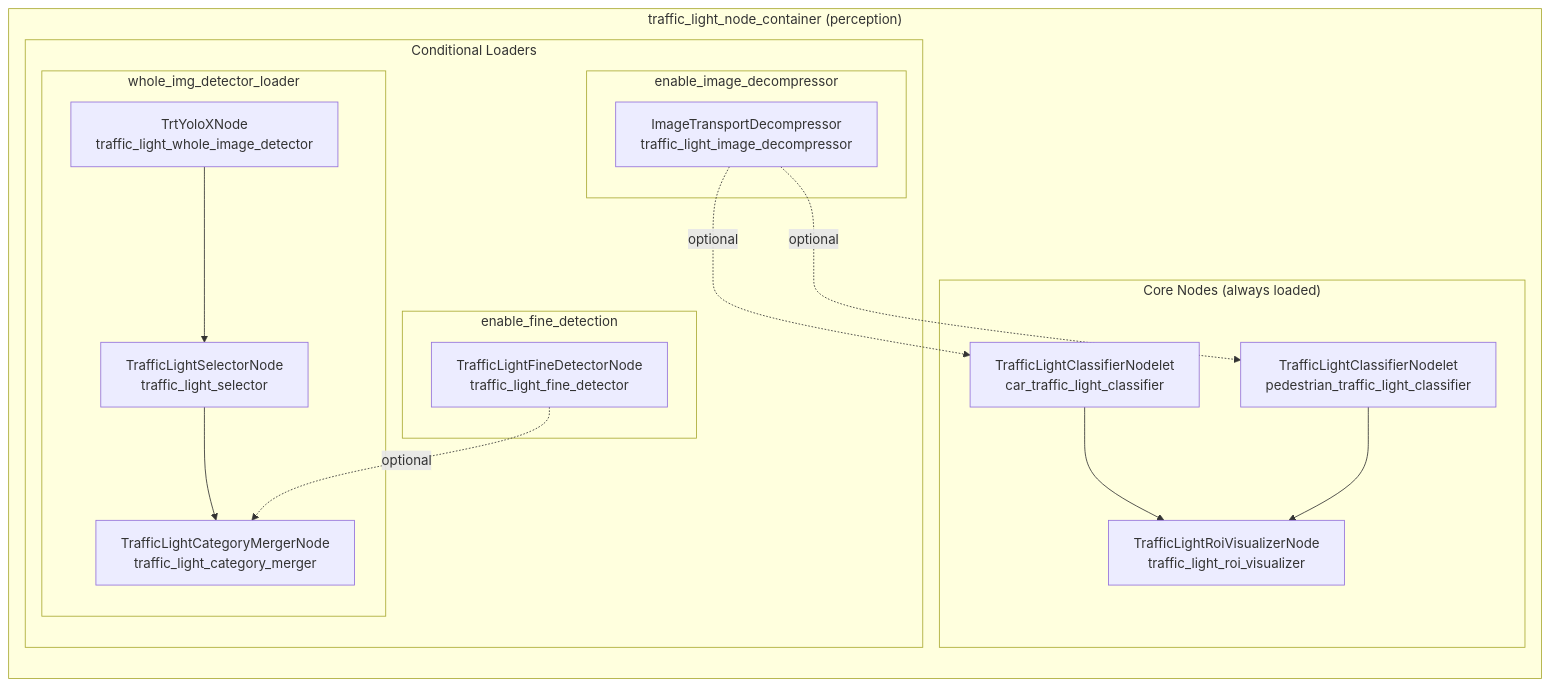
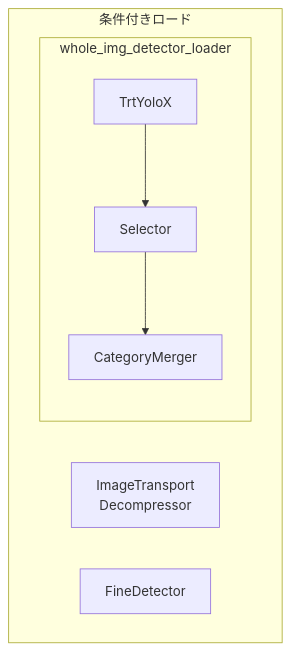
Diagram 15 of 20 in docs/launch-architecture.md (youtalk/autoware_universe), drawn with Mermaid before and after one commit. The commit also changed other lines of this file, not shown here.

````diff
--- a/docs/launch-architecture.md
+++ b/docs/launch-architecture.md
@@ -296,36 +331,12 @@
 ```mermaid
 graph TB
-    subgraph traffic_light_node_container["traffic_light_node_container (perception)"]
-        direction TB
+    subgraph optional["条件付きロード"]
+        DECOMP[ImageTransport<br/>Decompressor]
+        FINE[FineDetector]
 
-        subgraph core_nodes["Core Nodes (always loaded)"]
-            CAR_CLS[TrafficLightClassifierNodelet<br/>car_traffic_light_classifier]
-            PED_CLS[TrafficLightClassifierNodelet<br/>pedestrian_traffic_light_classifier]
-            VIS[TrafficLightRoiVisualizerNode<br/>traffic_light_roi_visualizer]
-        end
-
-        subgraph conditional["Conditional Loaders"]
-            subgraph decompressor["enable_image_decompressor"]
-                DECOMP[ImageTransportDecompressor<br/>traffic_light_image_decompressor]
-            end
-
-            subgraph fine_detector["enable_fine_detection"]
-                FINE[TrafficLightFineDetectorNode<br/>traffic_light_fine_detector]
-            end
-
-            subgraph whole_img["whole_img_detector_loader"]
-                YOLOX[TrtYoloXNode<br/>traffic_light_whole_image_detector]
-                SELECT[TrafficLightSelectorNode<br/>traffic_light_selector]
-                MERGE[TrafficLightCategoryMergerNode<br/>traffic_light_category_merger]
-            end
+        subgraph whole["whole_img_detector_loader"]
+            YOLOX[TrtYoloX] --> SELECT[Selector]
+            SELECT --> MERGE[CategoryMerger]
         end
     end
-
-    CAR_CLS --> VIS
-    PED_CLS --> VIS
-    DECOMP -.->|optional| CAR_CLS
-    DECOMP -.->|optional| PED_CLS
-    YOLOX --> SELECT
-    SELECT --> MERGE
-    FINE -.->|optional| MERGE
 ```
````
